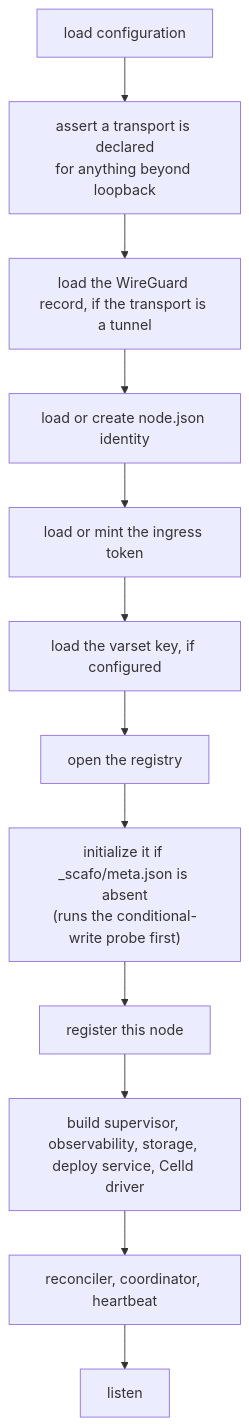
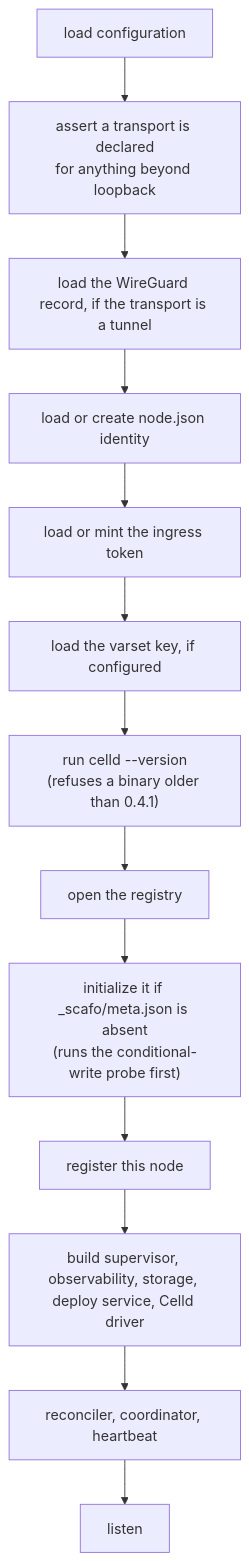
One commit to sandros94/scafo-docs changed the diagram in 1.docs/30.operations.md. Above: the diagram before and after it, drawn with Mermaid. The commit also changed other lines of this file and 6 other files, not shown here.

Commit message:
docs: describe the celld version check and the fleet versions

````diff
--- a/1.docs/30.operations.md
+++ b/1.docs/30.operations.md
@@ -11,14 +11,15 @@
 ```mermaid
 flowchart TD
   cfg["load configuration"] --> tr["assert a transport is declared<br/>for anything beyond loopback"]
   tr --> wg["load the WireGuard record, if the transport is a tunnel"]
   wg --> id["load or create node.json identity"]
   id --> tok["load or mint the ingress token"]
   tok --> vk["load the varset key, if configured"]
-  vk --> reg["open the registry"]
+  vk --> ver["run celld --version<br/>(refuses a binary older than 0.4.1)"]
+  ver --> reg["open the registry"]
   reg --> init["initialize it if _scafo/meta.json is absent<br/>(runs the conditional-write probe first)"]
   init --> rn["register this node"]
   rn --> svc["build supervisor, observability, storage, deploy service, Celld driver"]
   svc --> loops["reconciler, coordinator, heartbeat"]
   loops --> listen["listen"]
 ```
````
